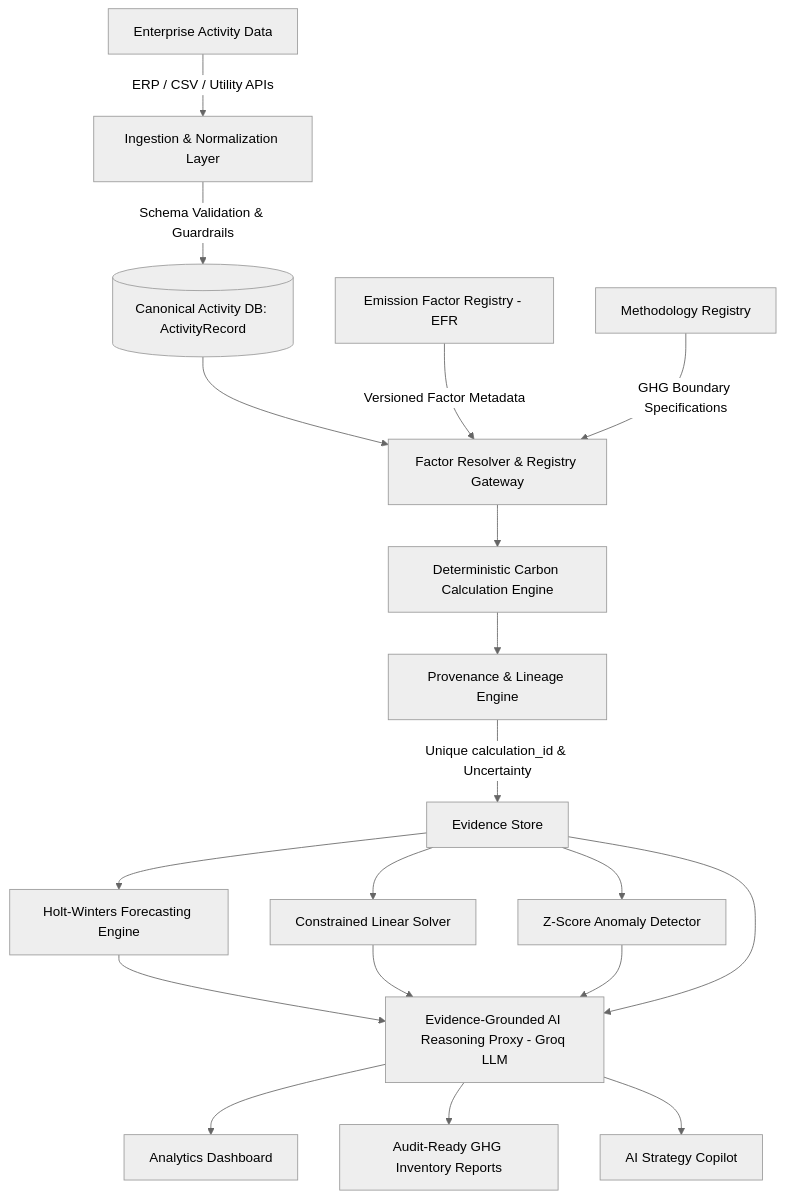
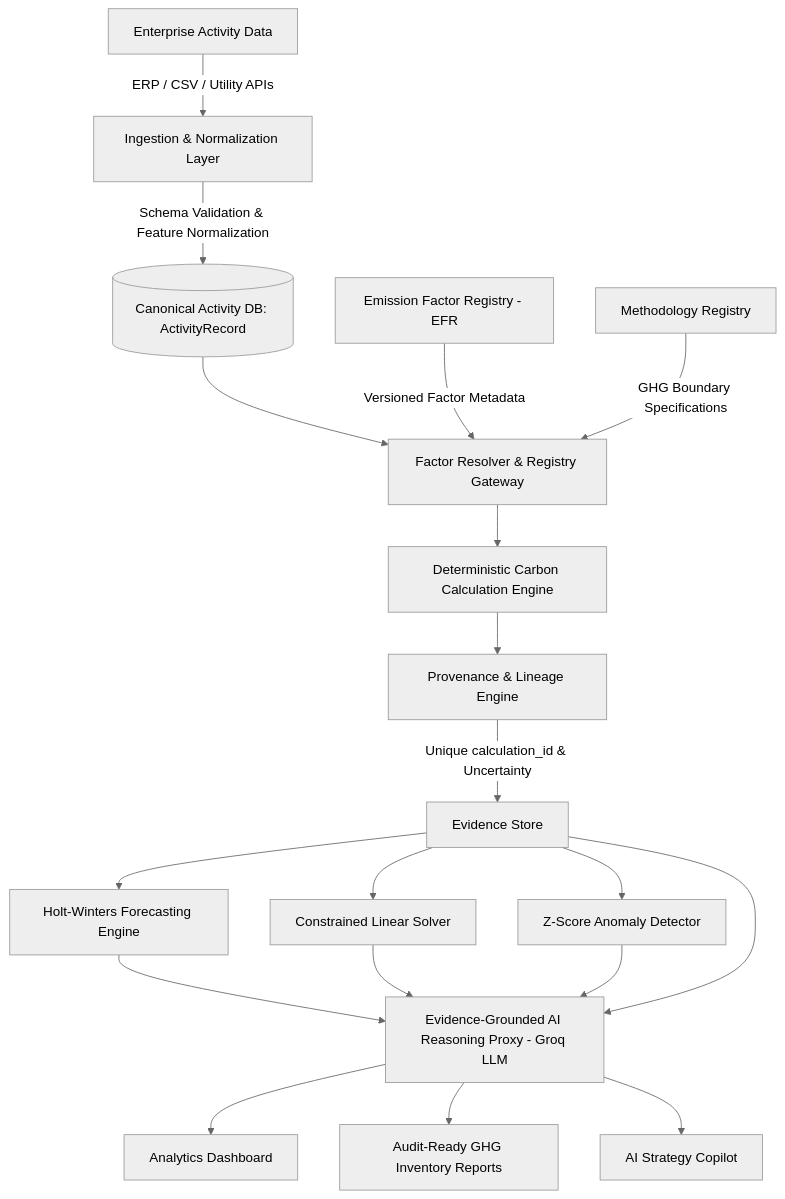
Before and after one commit to Dhruvg334/Carbonly: the first of 3 diagrams in README.md, drawn with Mermaid (neutral theme). The commit also changed other lines of this file, not shown here.

````diff
--- a/README.md
+++ b/README.md
@@ -22,24 +22,24 @@
 ```mermaid
 graph TD
     A[Enterprise Activity Data] -->|ERP / CSV / Utility APIs| B[Ingestion & Normalization Layer]
-    B -->|Schema Validation & Guardrails| C[(Canonical Activity DB: ActivityRecord)]
+    B -->|Schema Validation & Feature Normalization| C[(Canonical Activity DB: ActivityRecord)]
     C --> D[Factor Resolver & Registry Gateway]
     E[Emission Factor Registry - EFR] -->|Versioned Factor Metadata| D
     F[Methodology Registry] -->|GHG Boundary Specifications| D
     D --> G[Deterministic Carbon Calculation Engine]
     G --> H[Provenance & Lineage Engine]
     H -->|Unique calculation_id & Uncertainty| I[Evidence Store]
     
     I --> J[Holt-Winters Forecasting Engine]
     I --> K[Constrained Linear Solver]
     I --> L[Z-Score Anomaly Detector]
     
     J --> M[Evidence-Grounded AI Reasoning Proxy - Groq LLM]
     K --> M
     L --> M
     I --> M
     
     M --> N[Analytics Dashboard]
     M --> O[Audit-Ready GHG Inventory Reports]
     M --> P[AI Strategy Copilot]
 ```
````
